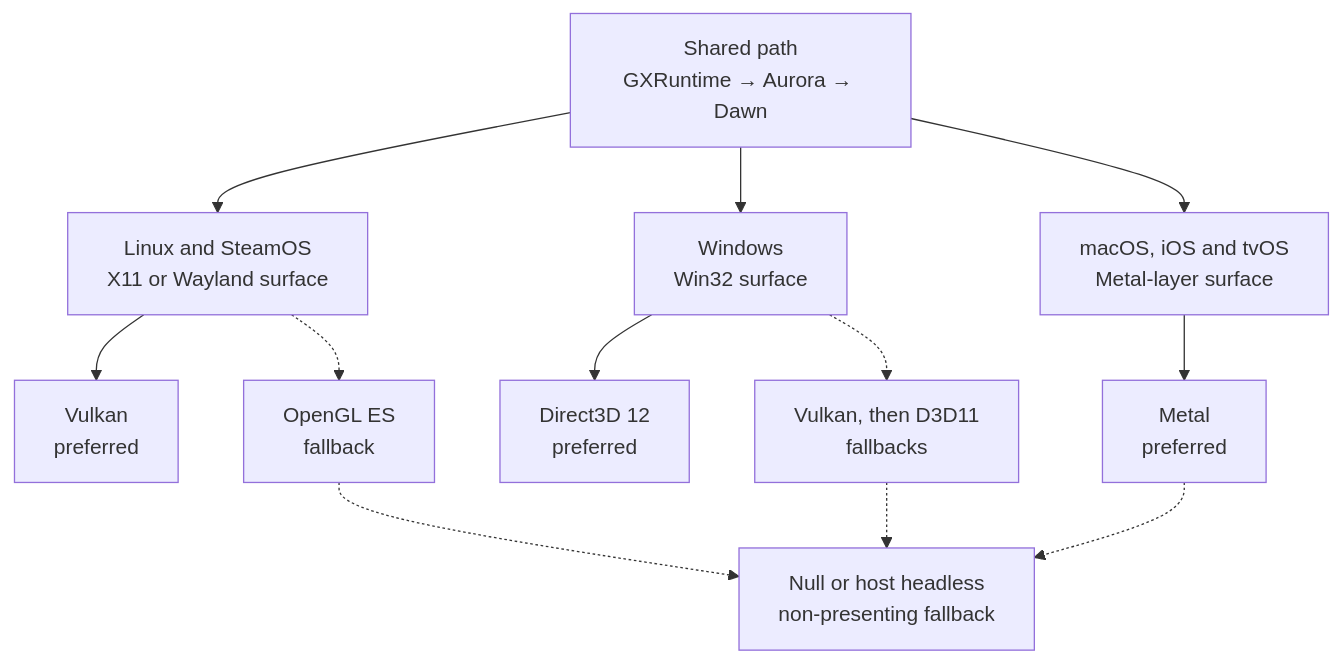
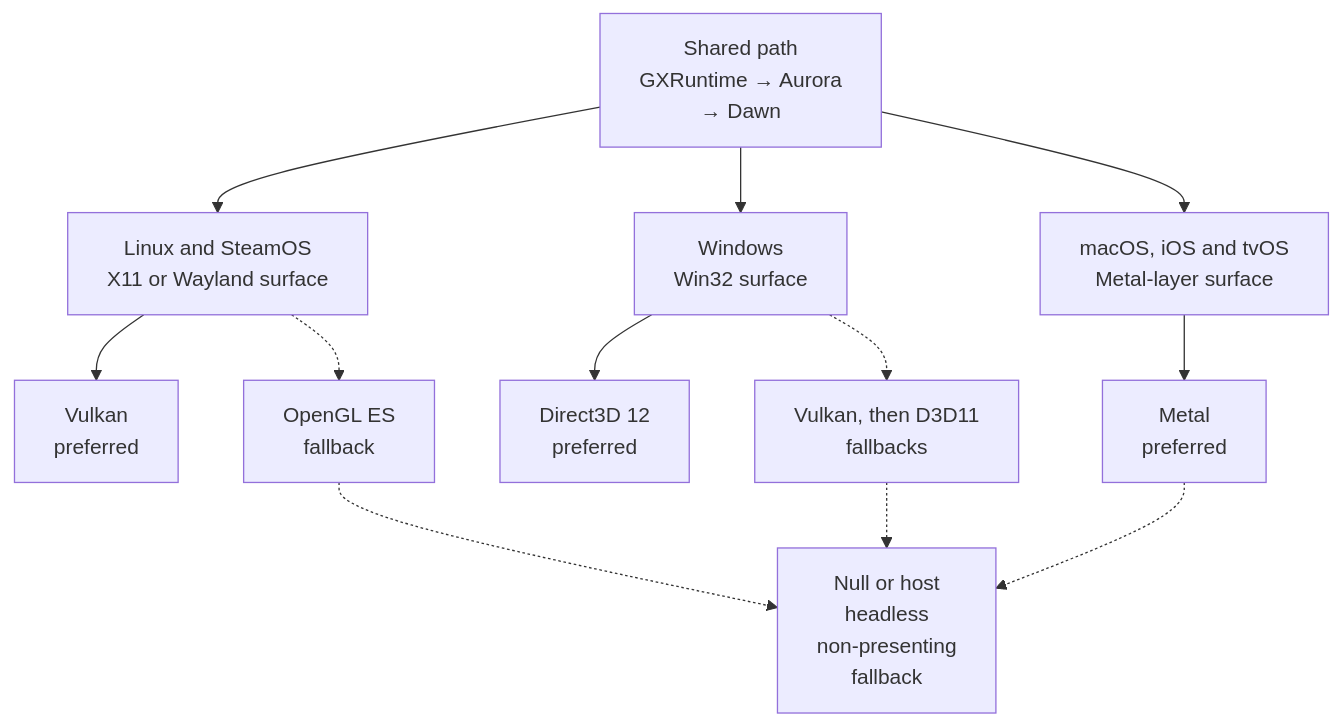
Before and after one commit to Aelbannan/boat_of_daphnes: the fourth of 11 diagrams in docs/architecture/Graphics.md, drawn with Mermaid. The commit also changed other lines of this file and 7 other files, not shown here.

Commit message:
Wrap Mermaid diagram labels

````diff
--- a/docs/architecture/Graphics.md
+++ b/docs/architecture/Graphics.md
@@ -214,32 +219,35 @@
 ```mermaid
 flowchart TD
     Shared["`Shared path
-GXRuntime → Aurora → Dawn`"]
+GXRuntime → Aurora
+→ Dawn`"]
     Linux["`Linux and SteamOS
 X11 or Wayland surface`"]
     Windows["`Windows
 Win32 surface`"]
     Apple["`macOS, iOS and tvOS
 Metal-layer surface`"]
     Vulkan["`Vulkan
 preferred`"]
     GLES["`OpenGL ES
 fallback`"]
     D3D12["`Direct3D 12
 preferred`"]
     WinFallback["`Vulkan, then D3D11
 fallbacks`"]
     Metal["`Metal
 preferred`"]
-    Null["`Null or host headless
-non-presenting fallback`"]
+    Null["`Null or host
+headless
+non-presenting
+fallback`"]
 
     Shared --> Linux --> Vulkan
     Linux -.-> GLES
     Shared --> Windows --> D3D12
     Windows -.-> WinFallback
     Shared --> Apple --> Metal
     GLES -.-> Null
     WinFallback -.-> Null
     Metal -.-> Null
 ```
````
